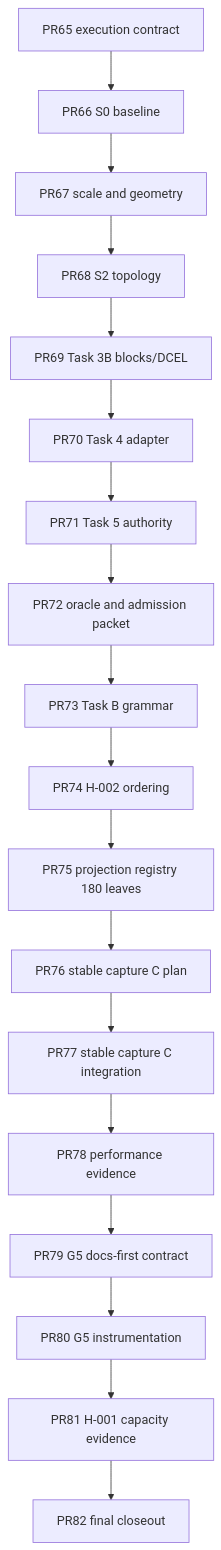
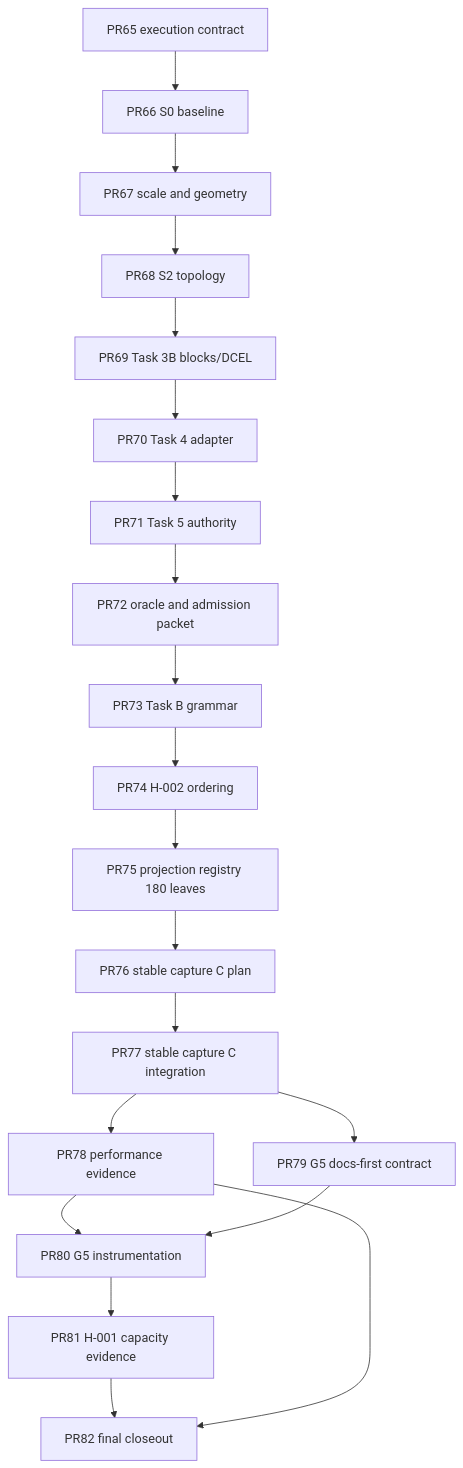
One commit to cosmosapjw-quantum/urban_traffic_demo changed the diagram in docs/harness/CITY_MAP_PR_LIST.md. Above: the diagram before and after it, drawn with Mermaid.

Commit message:
docs(map): correct PR65 DAG edges

````diff
--- a/docs/harness/CITY_MAP_PR_LIST.md
+++ b/docs/harness/CITY_MAP_PR_LIST.md
@@ -298,20 +298,22 @@
 ```mermaid
 flowchart TD
     PR65[PR65 execution contract] --> PR66[PR66 S0 baseline]
     PR66 --> PR67[PR67 scale and geometry]
     PR67 --> PR68[PR68 S2 topology]
     PR68 --> PR69[PR69 Task 3B blocks/DCEL]
     PR69 --> PR70[PR70 Task 4 adapter]
     PR70 --> PR71[PR71 Task 5 authority]
     PR71 --> PR72[PR72 oracle and admission packet]
     PR72 --> PR73[PR73 Task B grammar]
     PR73 --> PR74[PR74 H-002 ordering]
     PR74 --> PR75[PR75 projection registry 180 leaves]
     PR75 --> PR76[PR76 stable capture C plan]
     PR76 --> PR77[PR77 stable capture C integration]
     PR77 --> PR78[PR78 performance evidence]
-    PR78 --> PR79[PR79 G5 docs-first contract]
+    PR77 --> PR79[PR79 G5 docs-first contract]
+    PR78 --> PR80[PR80 G5 instrumentation]
     PR79 --> PR80[PR80 G5 instrumentation]
     PR80 --> PR81[PR81 H-001 capacity evidence]
     PR81 --> PR82[PR82 final closeout]
+    PR78 --> PR82[PR82 final closeout]
 ```
````
